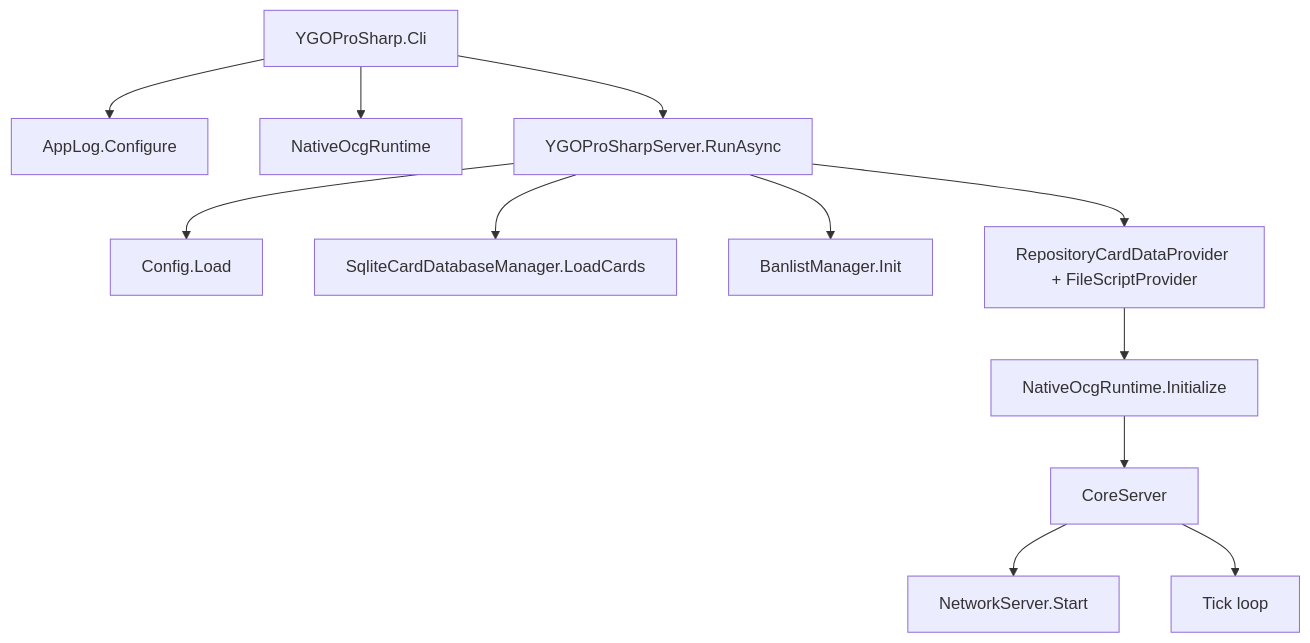
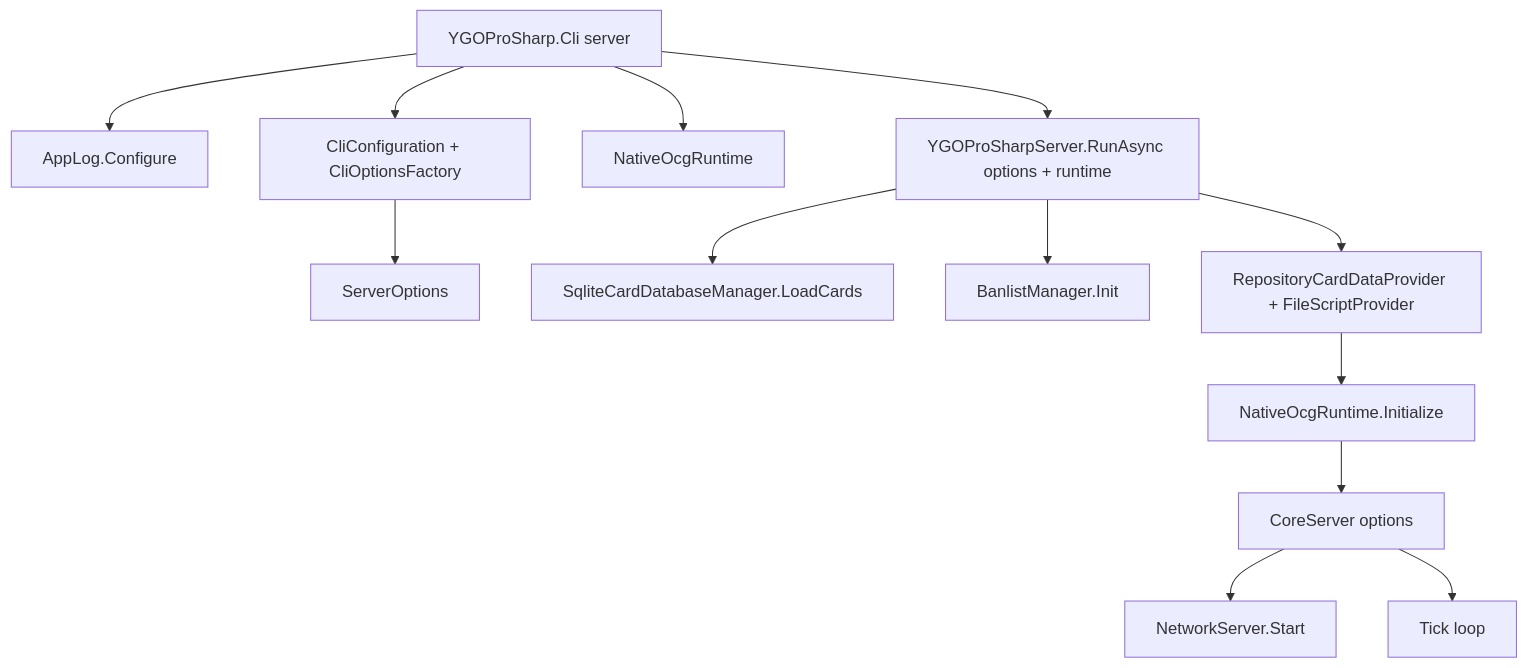
One commit to ZerxZ/YGOProSharp changed the first of 6 diagrams in docs/call-flow.md. Above: the diagram before and after it, drawn with Mermaid. The commit also changed other lines of this file and 130 other files, not shown here.

````diff
--- a/docs/call-flow.md
+++ b/docs/call-flow.md
@@ -7,14 +7,15 @@
 ```mermaid
 flowchart TD
-    CLI[YGOProSharp.Cli] --> Log[AppLog.Configure]
+    CLI[YGOProSharp.Cli server] --> Log[AppLog.Configure]
+    CLI --> Parse[CliConfiguration + CliOptionsFactory]
+    Parse --> Options[ServerOptions]
     CLI --> Runtime[NativeOcgRuntime]
-    CLI --> Entry[YGOProSharpServer.RunAsync]
-    Entry --> Config[Config.Load]
+    CLI --> Entry[YGOProSharpServer.RunAsync options + runtime]
     Entry --> Cards[SqliteCardDatabaseManager.LoadCards]
     Entry --> Banlist[BanlistManager.Init]
     Entry --> Providers[RepositoryCardDataProvider + FileScriptProvider]
     Providers --> Init[NativeOcgRuntime.Initialize]
-    Init --> CoreServer[CoreServer]
+    Init --> CoreServer[CoreServer options]
     CoreServer --> Listen[NetworkServer.Start]
     CoreServer --> Tick[Tick loop]
 ```
````
